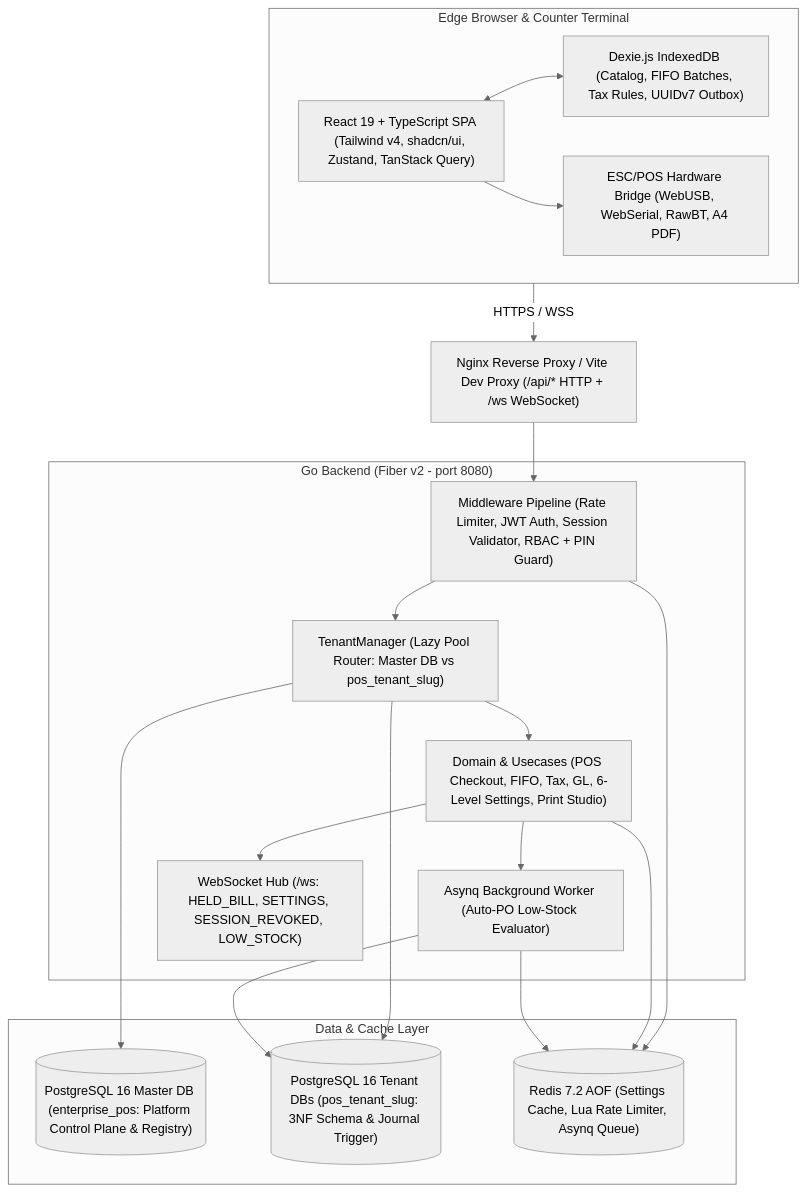
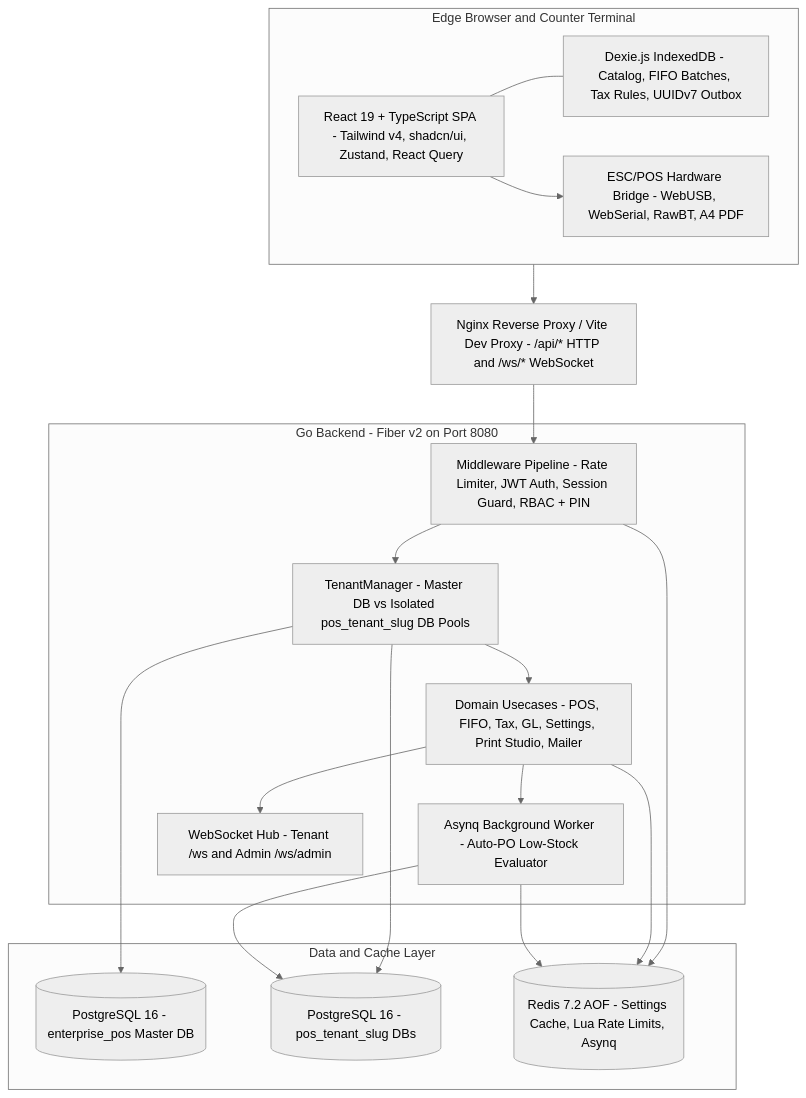
One commit to Janiya-99/Kova-POS changed the diagram in README.md. Above: the diagram before and after it, drawn with Mermaid (neutral theme). The commit also changed other lines of this file and 1 other file, not shown here.

Commit message:
docs(readme,sdd): add KOVA header, fix GitHub Mermaid/math rendering, and sync SDD

````diff
--- a/README.md
+++ b/README.md
@@ -34,39 +45,39 @@
 ```mermaid
 flowchart TB
-    subgraph Client["Edge Browser & Counter Terminal"]
-        UI["React 19 + TypeScript SPA (Tailwind v4, shadcn/ui, Zustand, TanStack Query)"]
-        EdgeDB["Dexie.js IndexedDB (Catalog, FIFO Batches, Tax Rules, UUIDv7 Outbox)"]
-        PrintBridge["ESC/POS Hardware Bridge (WebUSB, WebSerial, RawBT, A4 PDF)"]
-        UI <--> EdgeDB
+    subgraph Client["Edge Browser and Counter Terminal"]
+        UI["React 19 + TypeScript SPA - Tailwind v4, shadcn/ui, Zustand, React Query"]
+        EdgeDB["Dexie.js IndexedDB - Catalog, FIFO Batches, Tax Rules, UUIDv7 Outbox"]
+        PrintBridge["ESC/POS Hardware Bridge - WebUSB, WebSerial, RawBT, A4 PDF"]
+        UI --- EdgeDB
         UI --> PrintBridge
     end
 
-    Proxy["Nginx Reverse Proxy / Vite Dev Proxy (/api/* HTTP + /ws WebSocket)"]
-    Client -->|HTTPS / WSS| Proxy
+    Proxy["Nginx Reverse Proxy / Vite Dev Proxy - /api/* HTTP and /ws/* WebSocket"]
+    Client --> Proxy
 
-    subgraph API["Go Backend (Fiber v2 - port 8080)"]
-        MW["Middleware Pipeline (Rate Limiter, JWT Auth, Session Validator, RBAC + PIN Guard)"]
-        Router["TenantManager (Lazy Pool Router: Master DB vs pos_tenant_slug)"]
-        UseCases["Domain & Usecases (POS Checkout, FIFO, Tax, GL, 6-Level Settings, Print Studio)"]
-        Worker["Asynq Background Worker (Auto-PO Low-Stock Evaluator)"]
-        Hub["WebSocket Hub (/ws: HELD_BILL, SETTINGS, SESSION_REVOKED, LOW_STOCK)"]
+    subgraph API["Go Backend - Fiber v2 on Port 8080"]
+        MW["Middleware Pipeline - Rate Limiter, JWT Auth, Session Guard, RBAC + PIN"]
+        Router["TenantManager - Master DB vs Isolated pos_tenant_slug DB Pools"]
+        UseCases["Domain Usecases - POS, FIFO, Tax, GL, Settings, Print Studio, Mailer"]
+        Worker["Asynq Background Worker - Auto-PO Low-Stock Evaluator"]
+        Hub["WebSocket Hub - Tenant /ws and Admin /ws/admin"]
         MW --> Router --> UseCases
         UseCases --> Worker
         UseCases --> Hub
     end
 
     Proxy --> MW
 
-    subgraph Data["Data & Cache Layer"]
-        MasterDB[("PostgreSQL 16 Master DB (enterprise_pos: Platform Control Plane & Registry)")]
-        TenantDB[("PostgreSQL 16 Tenant DBs (pos_tenant_slug: 3NF Schema & Journal Trigger)")]
-        Redis[("Redis 7.2 AOF (Settings Cache, Lua Rate Limiter, Asynq Queue)")]
+    subgraph Data["Data and Cache Layer"]
+        MasterDB[(PostgreSQL 16 - enterprise_pos Master DB)]
+        TenantDB[(PostgreSQL 16 - pos_tenant_slug DBs)]
+        Redis[(Redis 7.2 AOF - Settings Cache, Lua Rate Limits, Asynq)]
     end
 
     Router --> MasterDB
     Router --> TenantDB
     MW --> Redis
     UseCases --> Redis
     Worker --> Redis
     Worker --> TenantDB
 ```
````
